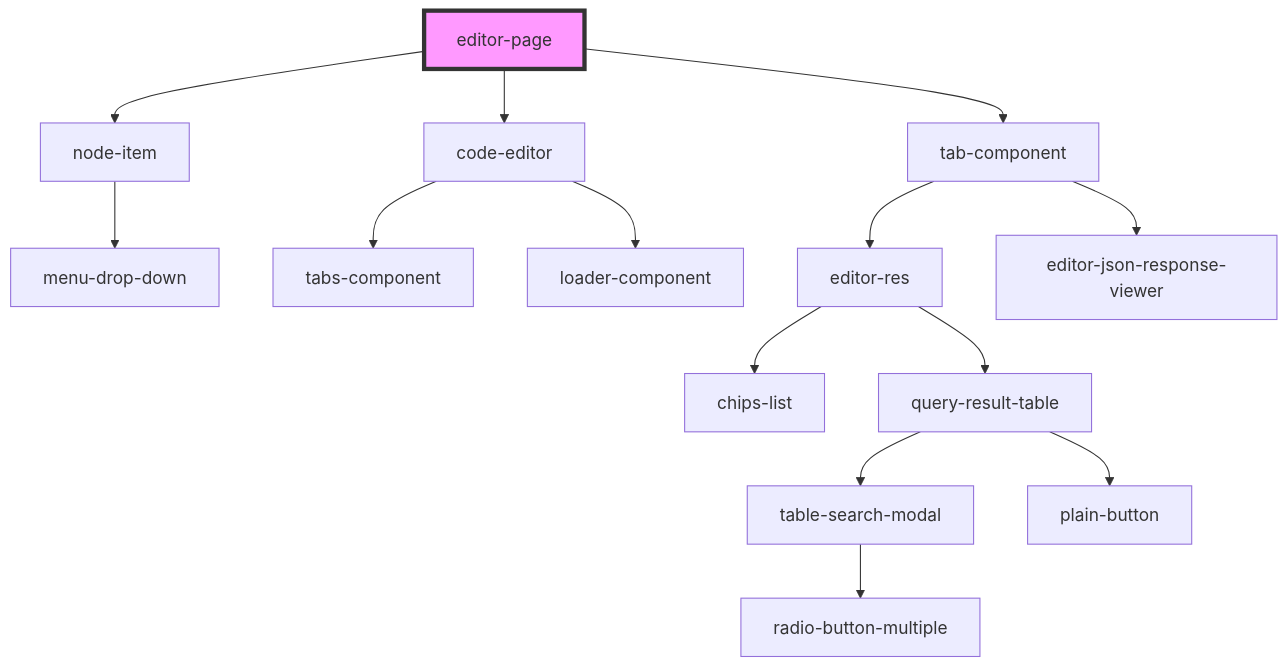
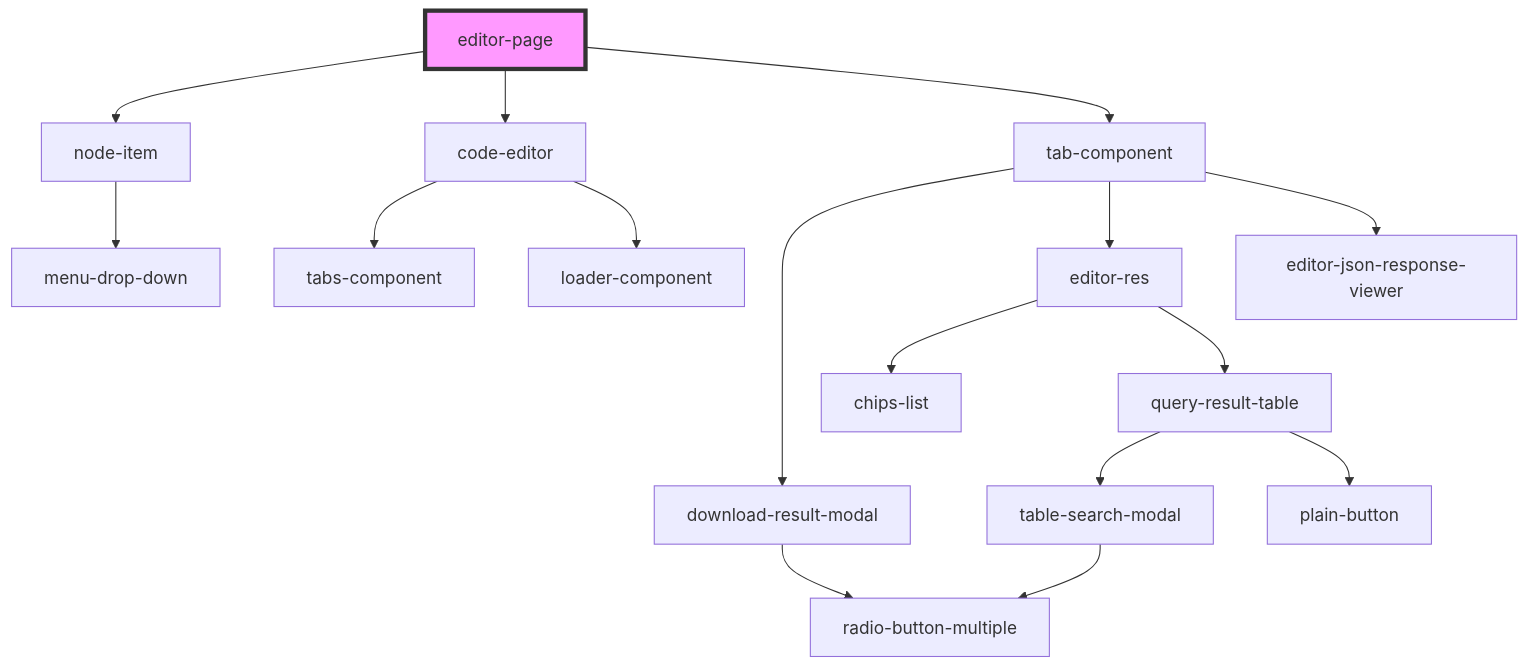
The diagram in src/components/editorPage/editor-page/readme.md (techvariable/NeptuneConnectComponents), drawn with Mermaid before and after one commit. The commit also changed 10 other files, not shown here.

````diff
--- a/src/components/editorPage/editor-page/readme.md
+++ b/src/components/editorPage/editor-page/readme.md
@@ -24,17 +24,19 @@
 ```mermaid
 graph TD;
   editor-page --> node-item
   editor-page --> code-editor
   editor-page --> tab-component
   node-item --> menu-drop-down
   code-editor --> tabs-component
   code-editor --> loader-component
+  tab-component --> download-result-modal
   tab-component --> editor-res
   tab-component --> editor-json-response-viewer
+  download-result-modal --> radio-button-multiple
   editor-res --> chips-list
   editor-res --> query-result-table
   query-result-table --> table-search-modal
   query-result-table --> plain-button
   table-search-modal --> radio-button-multiple
   style editor-page fill:#f9f,stroke:#333,stroke-width:4px
 ```
````
